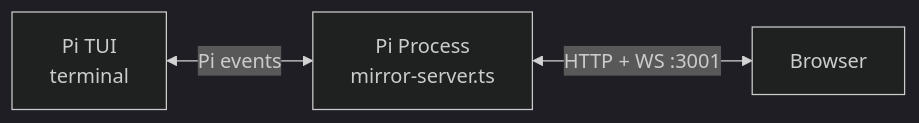
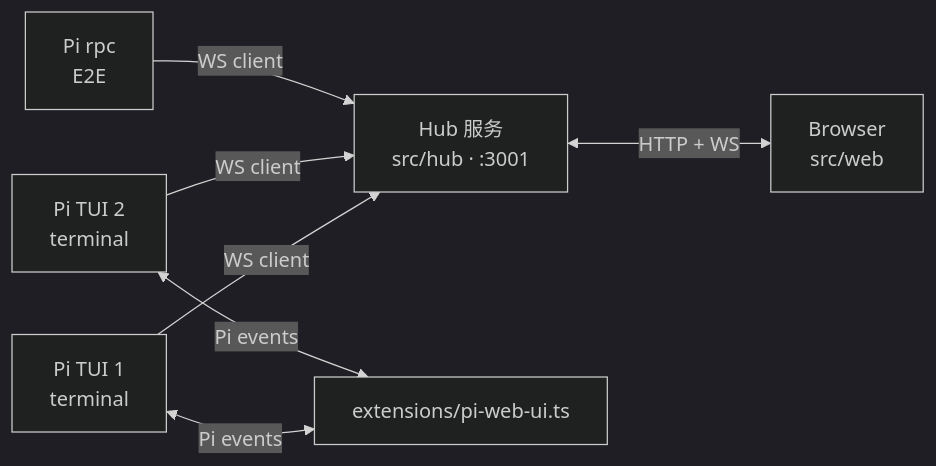
The diagram in AGENTS.md (kkkiio/pi-web-ui), drawn with Mermaid (dark theme) before and after one commit. The commit also changed other lines of this file and 11 other files, not shown here.

````diff
--- a/AGENTS.md
+++ b/AGENTS.md
@@ -118,5 +130,9 @@
 ```mermaid
 graph LR
-    A[Pi TUI<br/>terminal] <-->|Pi events| B[Pi Process<br/>mirror-server.ts]
-    B <-->|HTTP + WS :3001| C[Browser]
+    A[Pi TUI 1<br/>terminal] -->|WS client| H[Hub 服务<br/>src/hub · :3001]
+    B[Pi TUI 2<br/>terminal] -->|WS client| H
+    C[Pi rpc<br/>E2E] -->|WS client| H
+    H <-->|HTTP + WS| D[Browser<br/>src/web]
+    A <-->|Pi events| E[extensions/pi-web-ui.ts]
+    B <-->|Pi events| E
 ```
````
